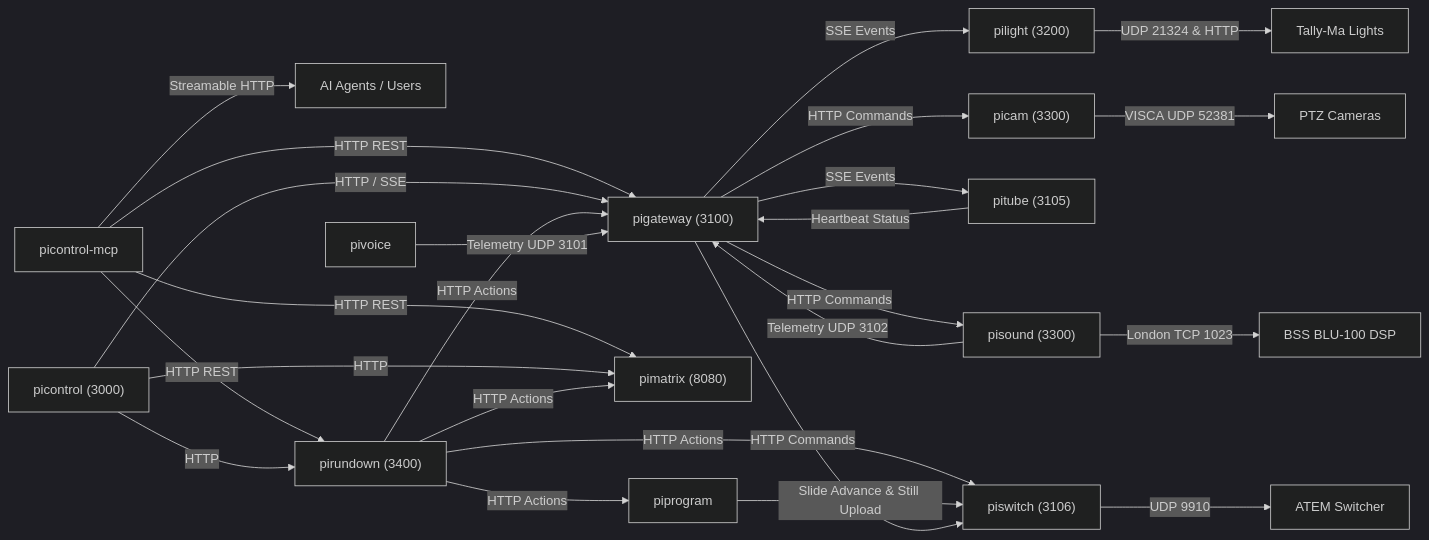
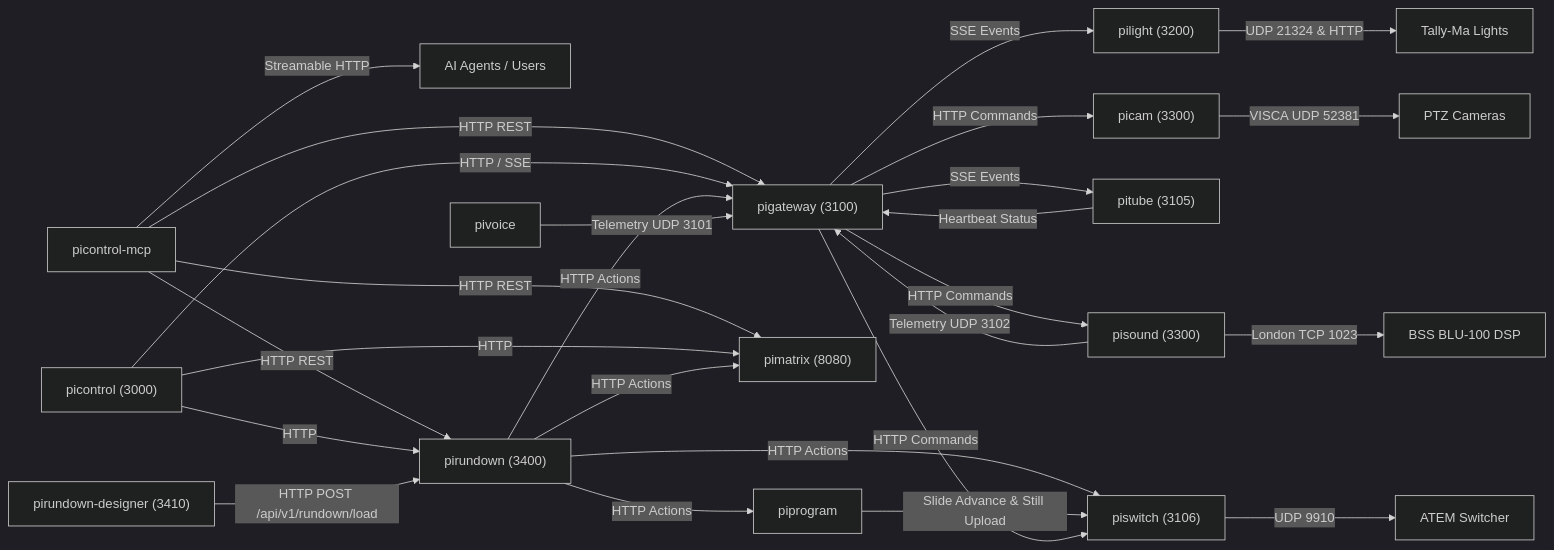
One commit to jsilvanus/piecosystem changed the diagram in docs/inter-service-matrix.md. Above: the diagram before and after it, drawn with Mermaid (dark theme). The commit also changed other lines of this file and 2 other files, not shown here.

Commit message:
docs: register pirundown-designer (:3410) in inter-service matrix, projects catalog, and ecosystem-status

````diff
--- a/docs/inter-service-matrix.md
+++ b/docs/inter-service-matrix.md
@@ -38,33 +39,35 @@
 ```mermaid
 graph LR
     MCP["picontrol-mcp"] -->|Streamable HTTP| OPERATOR["AI Agents / Users"]
     MCP -->|HTTP REST| PIGATEWAY["pigateway (3100)"]
     MCP -->|HTTP REST| PIRUNDOWN["pirundown (3400)"]
     MCP -->|HTTP REST| PIMATRIX["pimatrix (8080)"]
 
     PICONTROL["picontrol (3000)"] -->|HTTP / SSE| PIGATEWAY
     PICONTROL -->|HTTP| PIRUNDOWN
     PICONTROL -->|HTTP| PIMATRIX
+
+    DESIGNER["pirundown-designer (3410)"] -->|HTTP POST /api/v1/rundown/load| PIRUNDOWN
 
     PIRUNDOWN -->|HTTP Actions| PIGATEWAY
     PIRUNDOWN -->|HTTP Actions| PIMATRIX
     PIRUNDOWN -->|HTTP Actions| PISWITCH["piswitch (3106)"]
     PIRUNDOWN -->|HTTP Actions| PIPROGRAM["piprogram"]
 
     PIPROGRAM -->|Slide Advance & Still Upload| PISWITCH
 
     PIGATEWAY -->|SSE Events| PILIGHT["pilight (3200)"]
     PIGATEWAY -->|SSE Events| PITUBE["pitube (3105)"]
     PIGATEWAY -->|HTTP Commands| PICAM["picam (3300)"]
     PIGATEWAY -->|HTTP Commands| PISOUND["pisound (3300)"]
     PIGATEWAY -->|HTTP Commands| PISWITCH
 
     PITUBE -->|Heartbeat Status| PIGATEWAY
     PIVOICE["pivoice"] -->|Telemetry UDP 3101| PIGATEWAY
     PISOUND -->|Telemetry UDP 3102| PIGATEWAY
 
     PICAM -->|VISCA UDP 52381| CAMS["PTZ Cameras"]
     PISOUND -->|London TCP 1023| BSS["BSS BLU-100 DSP"]
     PISWITCH -->|UDP 9910| ATEM["ATEM Switcher"]
     PILIGHT -->|UDP 21324 & HTTP| TALLIES["Tally-Ma Lights"]
 ```
````
